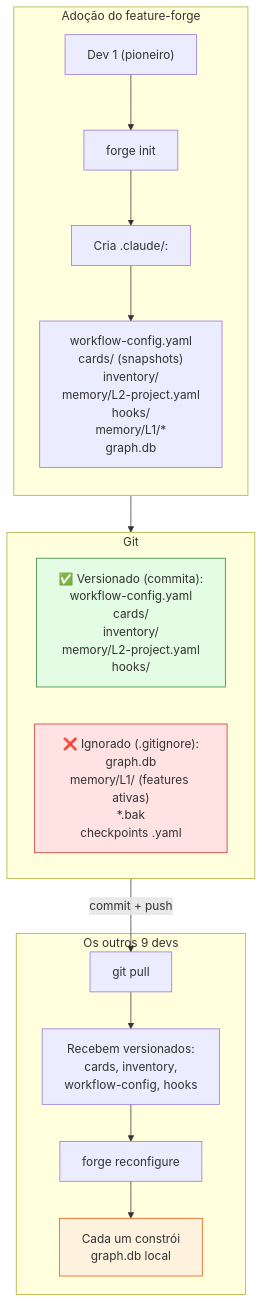
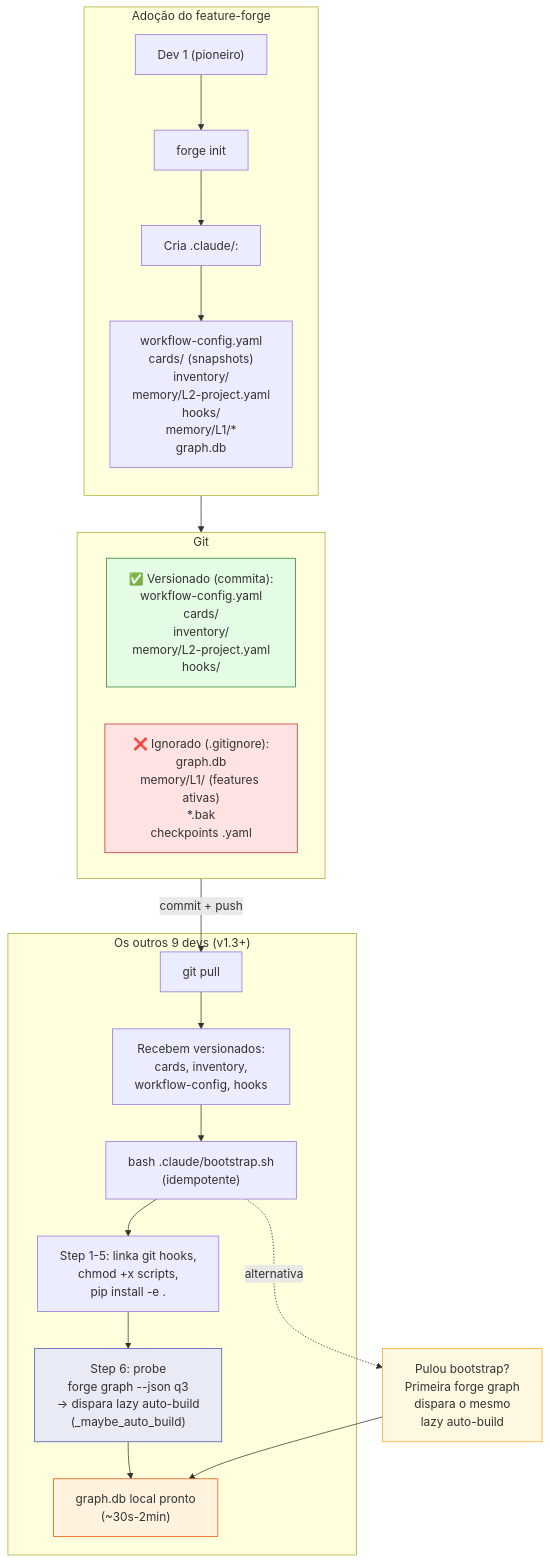
Before and after one commit to thgMatajs/feature-forge: the diagram in docs/diagrams/bootstrap-flow.mermaid, drawn with Mermaid. The commit also changed 52 other files, not shown here.

First line of the commit message:
feat(graph-ia): v1.3.0 — graph evolution + master-review fix-pack (PR #16)

```diff
--- a/docs/diagrams/bootstrap-flow.mermaid
+++ b/docs/diagrams/bootstrap-flow.mermaid
@@ -1,36 +1,46 @@
 flowchart TD
     subgraph ADOTACAO["Adoção do feature-forge"]
         direction TB
         DEV1["Dev 1 (pioneiro)"]
         INIT["forge init"]
         CRIACAO["Cria .claude/:"]
         FILES_CREATED["workflow-config.yaml<br/>cards/ (snapshots)<br/>inventory/<br/>memory/L2-project.yaml<br/>hooks/<br/>memory/L1/*<br/>graph.db"]
     end
 
     INIT --> CRIACAO
     DEV1 --> INIT
     CRIACAO --> FILES_CREATED
 
     subgraph GIT["Git"]
         VERSIONADO["✅ Versionado (commita):<br/>workflow-config.yaml<br/>cards/<br/>inventory/<br/>memory/L2-project.yaml<br/>hooks/"]
         LOCAL["❌ Ignorado (.gitignore):<br/>graph.db<br/>memory/L1/ (features ativas)<br/>*.bak<br/>checkpoints .yaml"]
     end
 
     FILES_CREATED --> GIT
 
-    subgraph TIME["Os outros 9 devs"]
+    subgraph TIME["Os outros 9 devs (v1.3+)"]
         PULL["git pull"]
         CONFIG_OK["Recebem versionados:<br/>cards, inventory,<br/>workflow-config, hooks"]
-        RECONFIGURE["forge reconfigure"]
-        GRAPH_DB["Cada um constrói<br/>graph.db local"]
+        BOOTSTRAP["bash .claude/bootstrap.sh<br/>(idempotente)"]
+        BOOT_STEPS["Step 1-5: linka git hooks,<br/>chmod +x scripts,<br/>pip install -e ."]
+        BOOT_STEP6["Step 6: probe<br/>forge graph --json q3<br/>→ dispara lazy auto-build<br/>(_maybe_auto_build)"]
+        GRAPH_DB["graph.db local pronto<br/>(~30s-2min)"]
     end
 
     PULL --> CONFIG_OK
-    CONFIG_OK --> RECONFIGURE
-    RECONFIGURE --> GRAPH_DB
+    CONFIG_OK --> BOOTSTRAP
+    BOOTSTRAP --> BOOT_STEPS
+    BOOT_STEPS --> BOOT_STEP6
+    BOOT_STEP6 --> GRAPH_DB
 
     GIT -->|"commit + push"| PULL
+
+    LAZY["Pulou bootstrap?<br/>Primeira forge graph<br/>dispara o mesmo<br/>lazy auto-build"]
+    BOOTSTRAP -.->|"alternativa"| LAZY
+    LAZY --> GRAPH_DB
 
     style VERSIONADO fill:#e3fce3,stroke:#2e7d32
     style LOCAL fill:#ffe3e3,stroke:#c62828
     style GRAPH_DB fill:#fff3e0,stroke:#e65100
+    style BOOT_STEP6 fill:#e8eaf6,stroke:#3f51b5
+    style LAZY fill:#fff8e1,stroke:#f9a825
```
